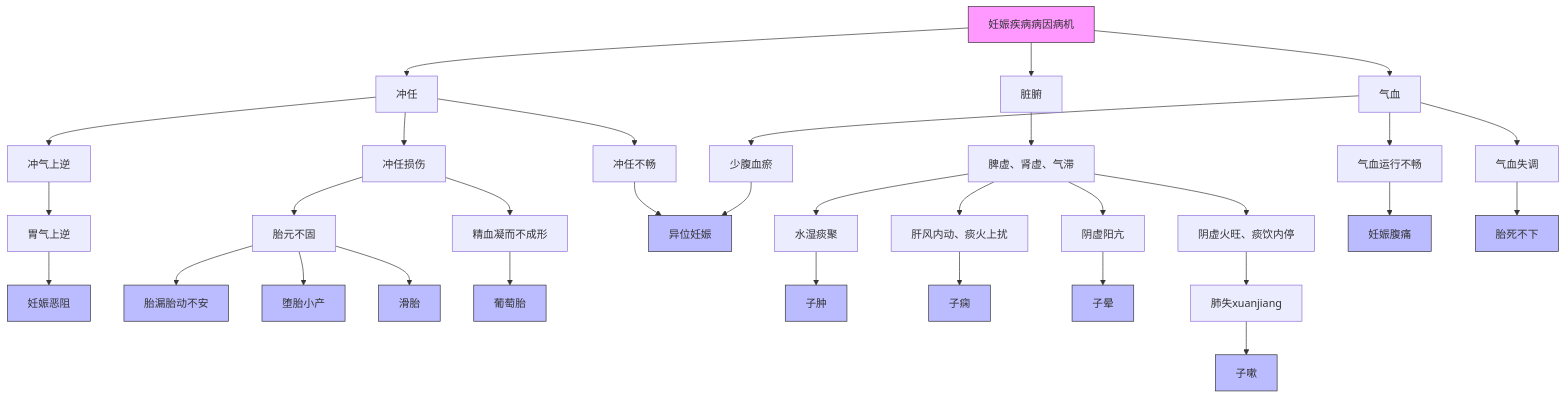
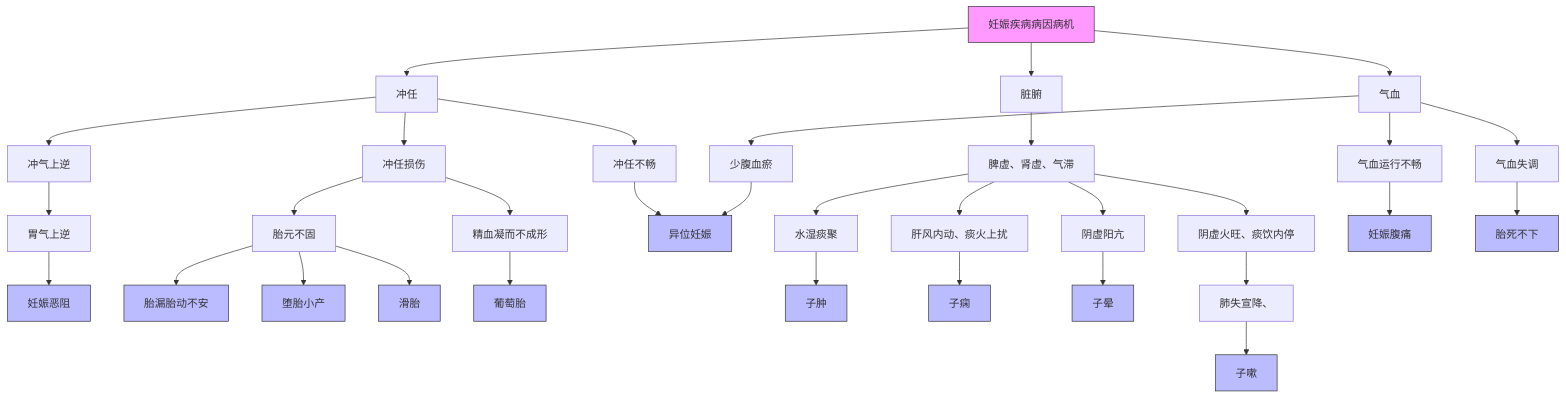
One commit to lili23755/iodraw-files changed the diagram in all/未命名.md. Above: the diagram before and after it, drawn with Mermaid.

Commit message:
2025-04-04 11:16:23 update

````diff
--- a/all/未命名.md
+++ b/all/未命名.md
@@ -1,35 +1,35 @@
 ```mermaid
 flowchart TD
     A[妊娠疾病病因病机] --> B[冲任]
     A --> C[脏腑]
     A --> D[气血]
     
     B --> B1[冲气上逆]--> B1a[胃气上逆]--> 妊娠恶阻
     B --> B2[冲任损伤] --> B2a[胎元不固] -->胎漏胎动不安 & 堕胎小产 & 滑胎
     B2[冲任损伤] --> B2b[精血凝而不成形] -->葡萄胎 
     B --> B3[冲任不畅] --> 异位妊娠
     
     C --> C1[脾虚、肾虚、气滞] --> C1a[水湿痰聚] --> 子肿
     C1 --> C1b[肝风内动、痰火上扰] --> 子痫
     C1 --> C1c[阴虚阳亢] --> 子晕
-    C1 --> C1d[阴虚火旺、痰饮内停]--> C1d1[肺失xuanjiang] --> 子嗽
+    C1 --> C1d[阴虚火旺、痰饮内停]--> C1d1[肺失宣降、] --> 子嗽
     
     D --> D1[气血运行不畅] --> 妊娠腹痛
     D --> D2[气血失调] --> 胎死不下
     D --> D3[少腹血瘀] --> 异位妊娠
 
     style A fill:#f9f,stroke:#333
     style 妊娠恶阻 fill:#bbf,stroke:#333
     style 堕胎小产 fill:#bbf,stroke:#333
     style 滑胎 fill:#bbf,stroke:#333
     style 异位妊娠 fill:#bbf,stroke:#333
     style 子肿 fill:#bbf,stroke:#333
     style 子痫 fill:#bbf,stroke:#333
     style 胎漏胎动不安 fill:#bbf,stroke:#333
     style 胎死不下 fill:#bbf,stroke:#333
     style 妊娠腹痛 fill:#bbf,stroke:#333
     style 葡萄胎 fill:#bbf,stroke:#333
     style 子晕 fill:#bbf,stroke:#333
     style 子嗽 fill:#bbf,stroke:#333
 	  
 ```
````
